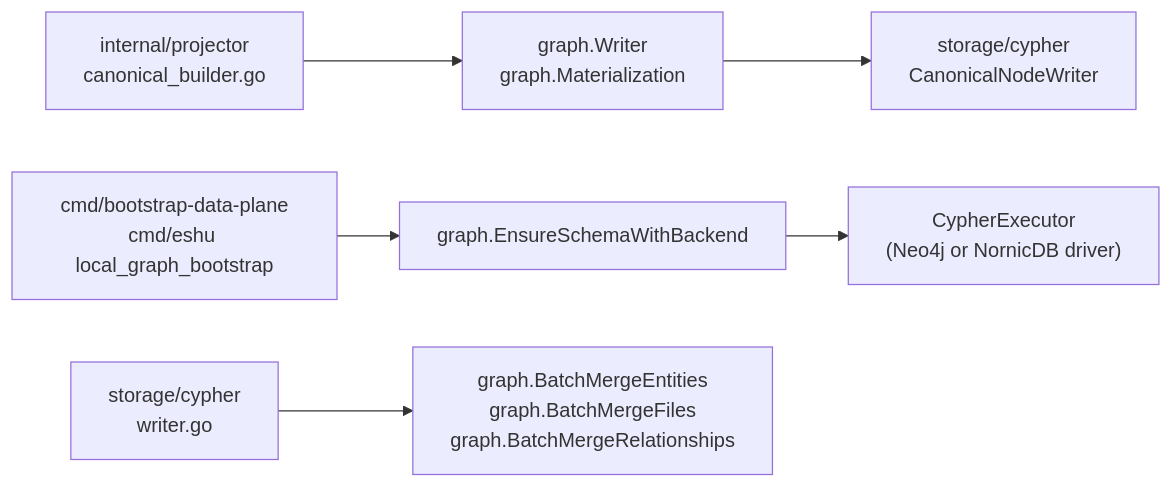
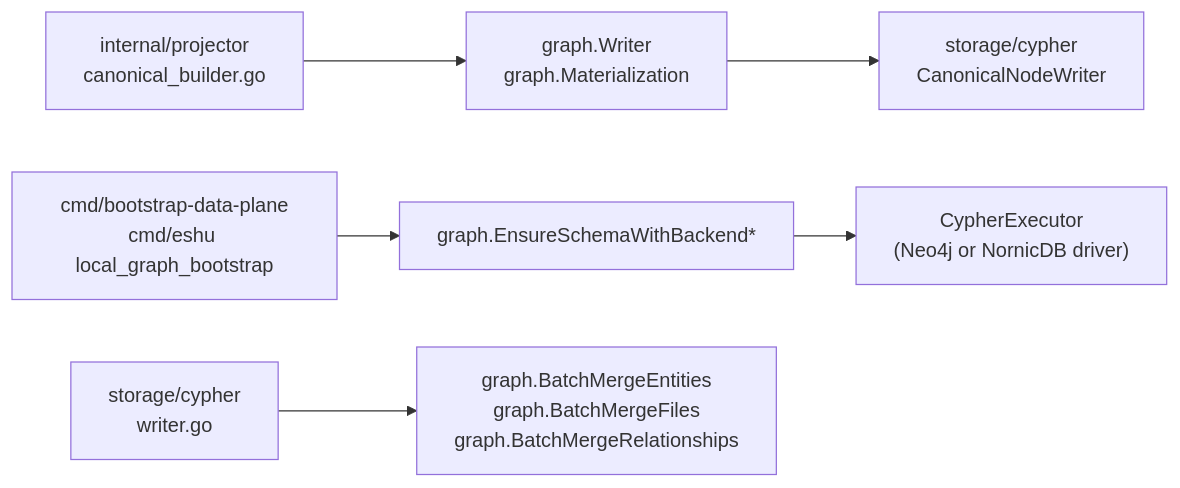
Before and after one commit to eshu-hq/eshu: the diagram in go/internal/graph/README.md, drawn with Mermaid. The commit also changed other lines of this file and 8 other files, not shown here.

````diff
--- a/go/internal/graph/README.md
+++ b/go/internal/graph/README.md
@@ -17,8 +17,8 @@
 ```mermaid
 flowchart LR
   A["internal/projector\ncanonical_builder.go"] --> B["graph.Writer\ngraph.Materialization"]
   B --> C["storage/cypher\nCanonicalNodeWriter"]
-  D["cmd/bootstrap-data-plane\ncmd/eshu local_graph_bootstrap"] --> E["graph.EnsureSchemaWithBackend"]
+  D["cmd/bootstrap-data-plane\ncmd/eshu local_graph_bootstrap"] --> E["graph.EnsureSchemaWithBackend*"]
   E --> F["CypherExecutor\n(Neo4j or NornicDB driver)"]
   G["storage/cypher\nwriter.go"] --> H["graph.BatchMergeEntities\ngraph.BatchMergeFiles\ngraph.BatchMergeRelationships"]
 ```
````
